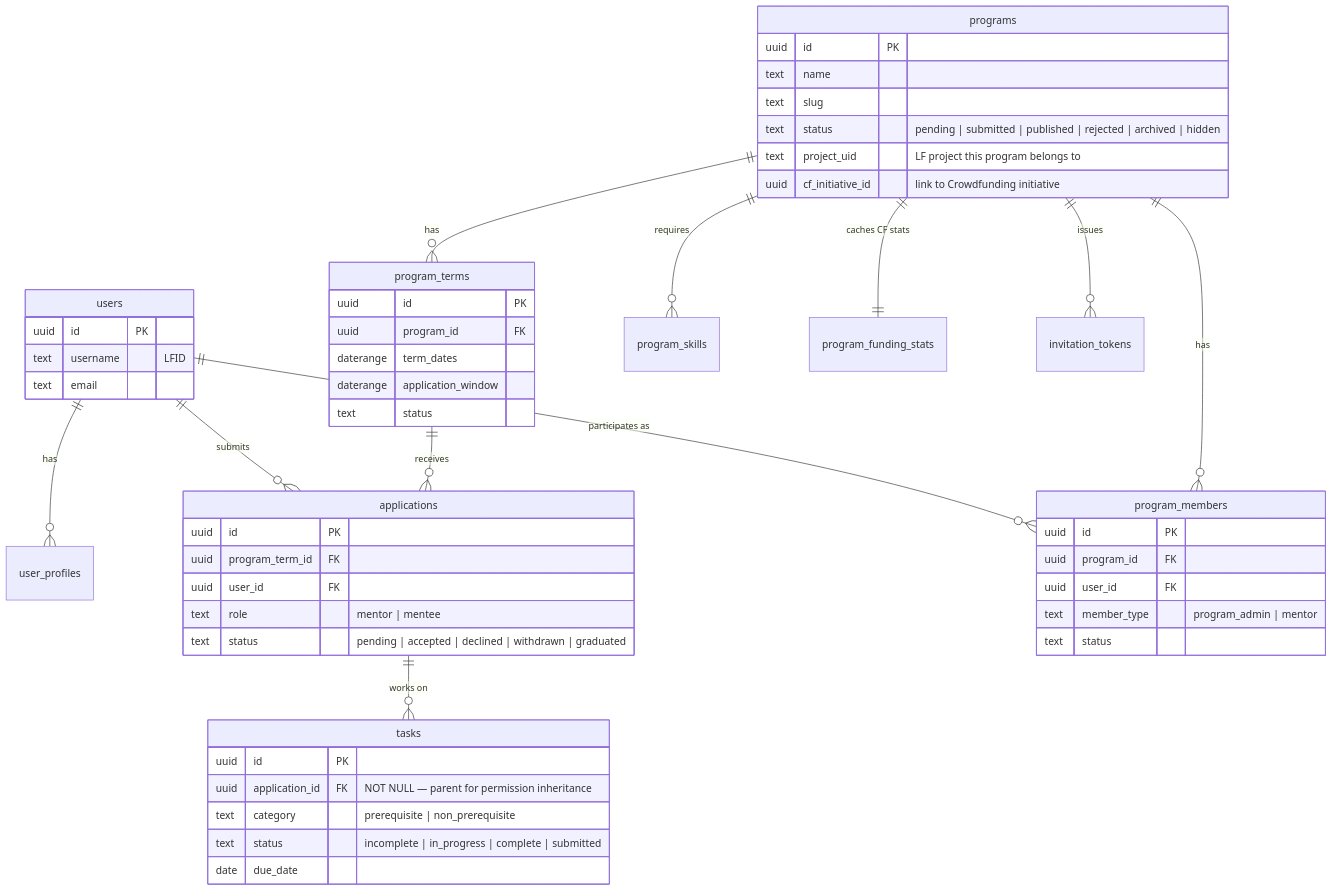
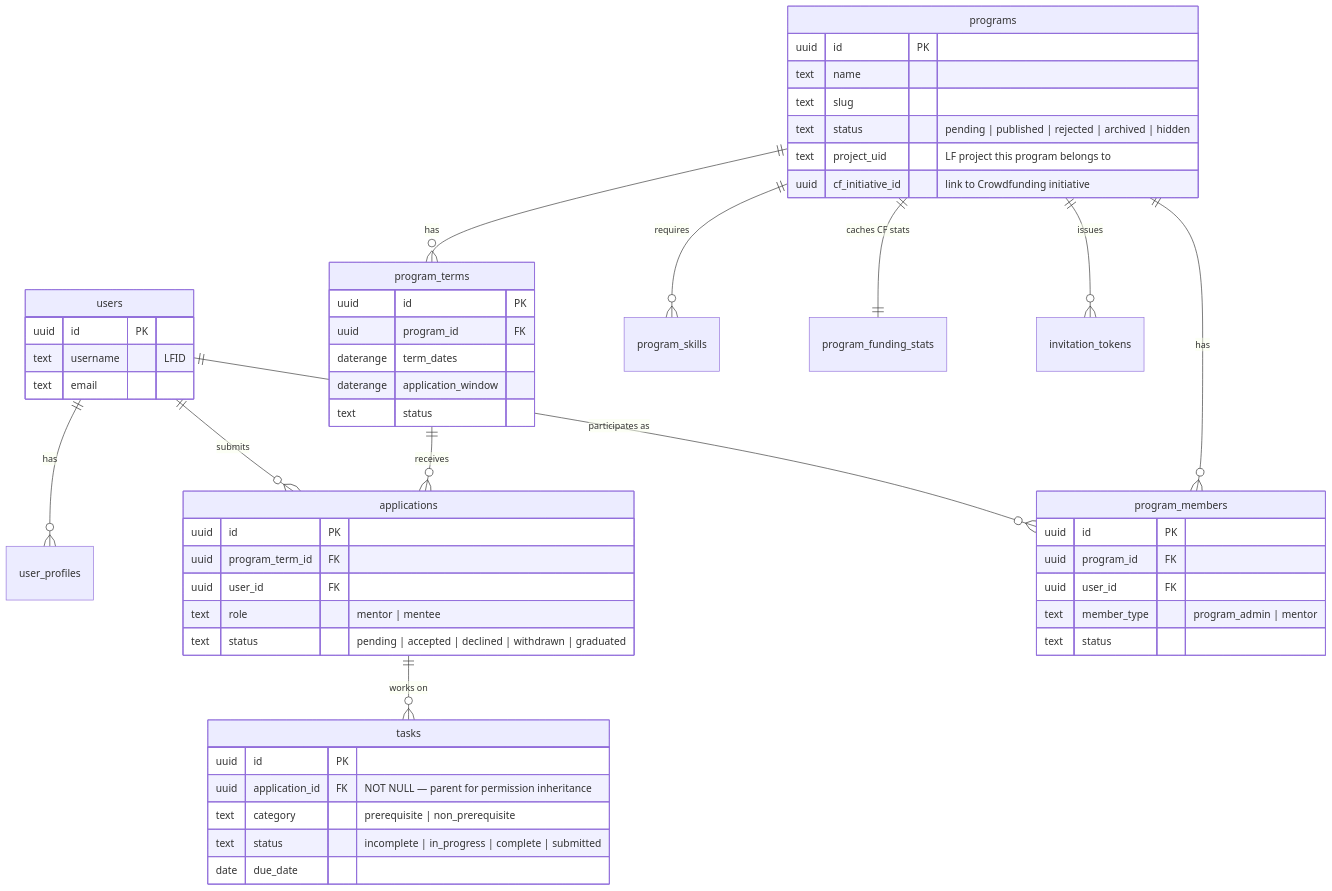
Before and after one commit to linuxfoundation/lfx-mentorship: the second of 2 diagrams in docs/rewrite/02-target-architecture.md, drawn with Mermaid. The commit also changed 28 other files, not shown here.

````diff
--- a/docs/rewrite/02-target-architecture.md
+++ b/docs/rewrite/02-target-architecture.md
@@ -101,55 +101,55 @@
 ```mermaid
 erDiagram
     users ||--o{ user_profiles : has
     users ||--o{ applications : submits
     users ||--o{ program_members : "participates as"
     programs ||--o{ program_terms : has
     programs ||--o{ program_members : has
     programs ||--o{ program_skills : requires
     programs ||--|| program_funding_stats : "caches CF stats"
     program_terms ||--o{ applications : receives
     applications ||--o{ tasks : "works on"
     programs ||--o{ invitation_tokens : issues
 
     users {
         uuid id PK
         text username "LFID"
         text email
     }
     programs {
         uuid id PK
         text name
         text slug
-        text status "pending | submitted | published | rejected | archived | hidden"
+        text status "pending | published | rejected | archived | hidden"
         text project_uid "LF project this program belongs to"
         uuid cf_initiative_id "link to Crowdfunding initiative"
     }
     program_terms {
         uuid id PK
         uuid program_id FK
         daterange term_dates
         daterange application_window
         text status
     }
     applications {
         uuid id PK
         uuid program_term_id FK
         uuid user_id FK
         text role "mentor | mentee"
         text status "pending | accepted | declined | withdrawn | graduated"
     }
     program_members {
         uuid id PK
         uuid program_id FK
         uuid user_id FK
         text member_type "program_admin | mentor"
         text status
     }
     tasks {
         uuid id PK
         uuid application_id FK "NOT NULL — parent for permission inheritance"
         text category "prerequisite | non_prerequisite"
         text status "incomplete | in_progress | complete | submitted"
         date due_date
     }
 ```
````
